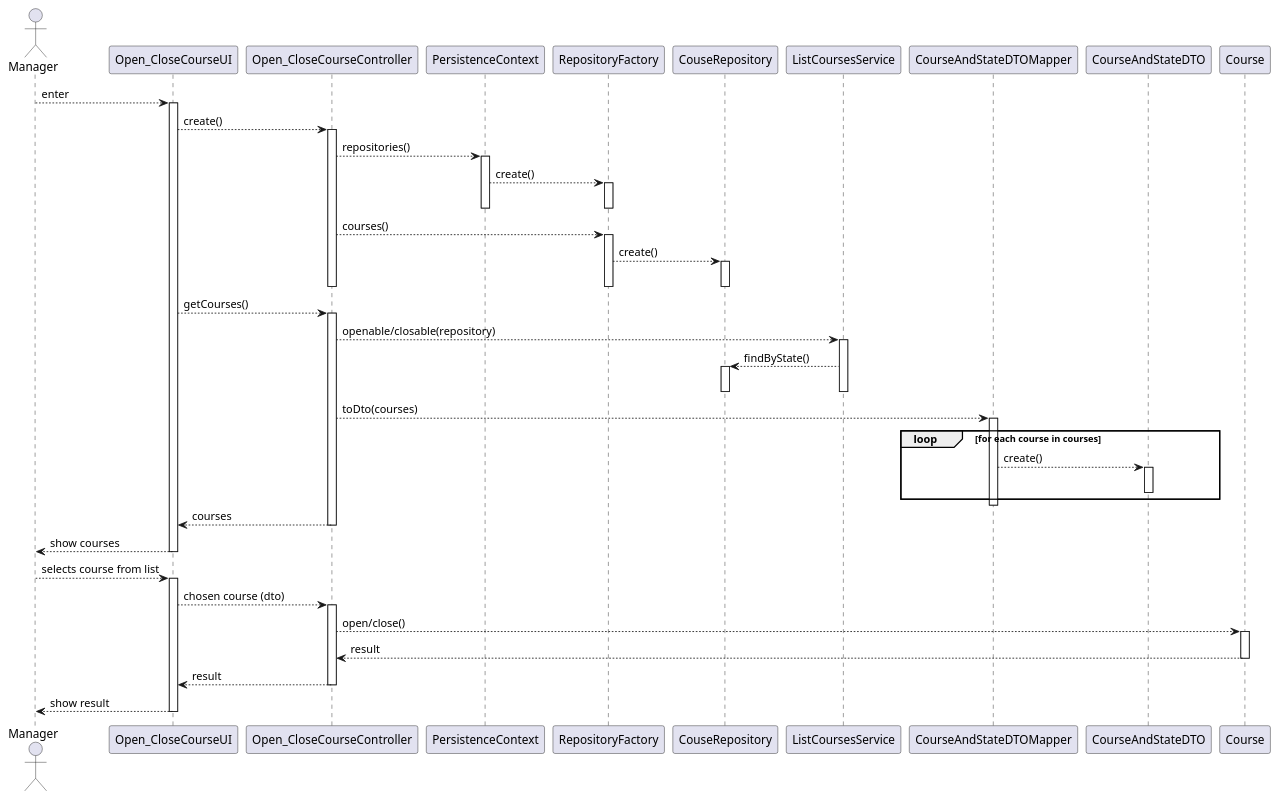
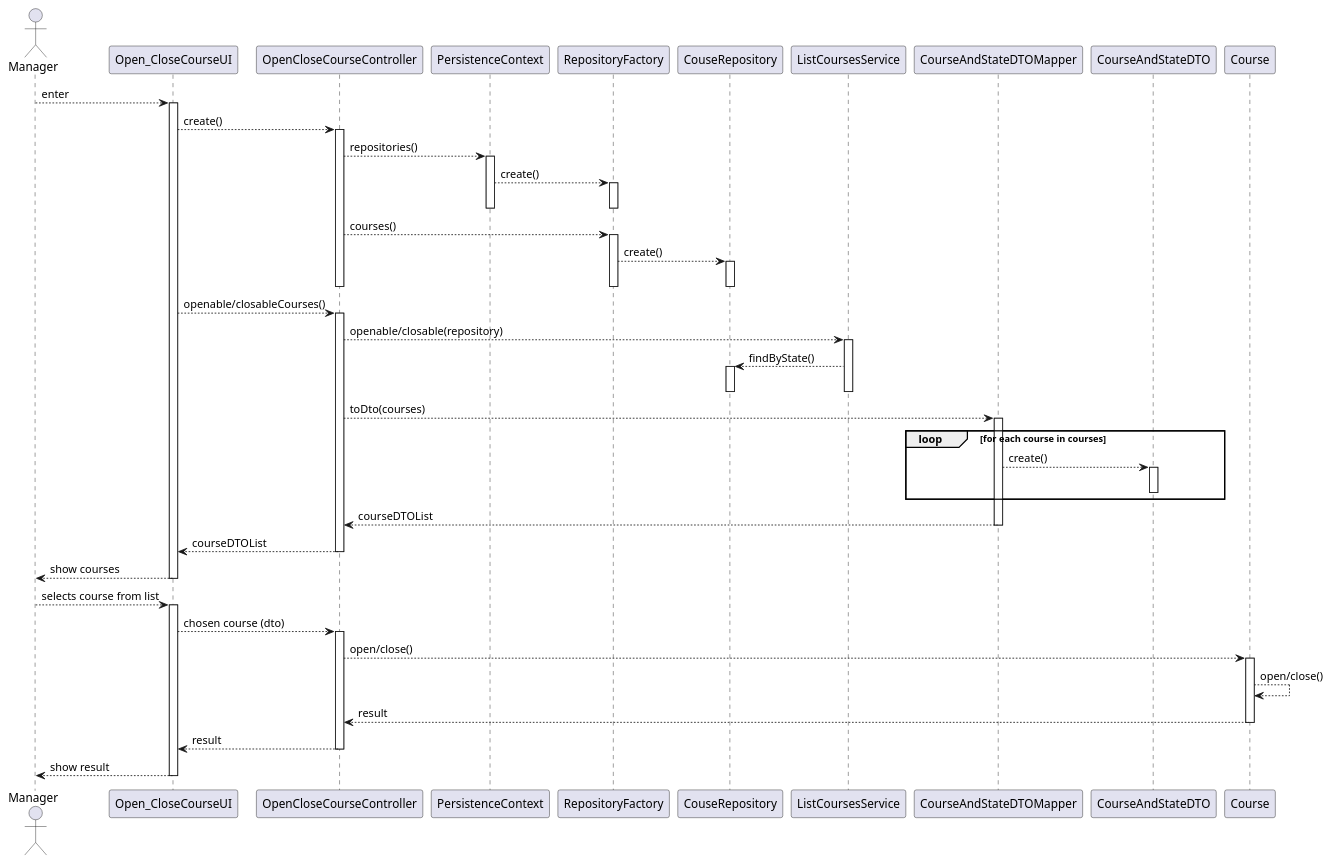
Before and after one commit to jovami/isep-lapr4: the diagram in docs/us_1004/sd.puml, drawn with PlantUML. The commit also changed 7 other files, not shown here.

First line of the commit message:
refactor(us_1004): unify Open/Close CourseController

```diff
--- a/docs/us_1004/sd.puml
+++ b/docs/us_1004/sd.puml
@@ -1,78 +1,80 @@
 @startuml
 
 actor Manager as user
 participant Open_CloseCourseUI as ui
-participant Open_CloseCourseController as ctrl
+participant OpenCloseCourseController as ctrl
 
 participant PersistenceContext as ctx
 participant RepositoryFactory as rep_fac
 participant CouseRepository as repo
 
 participant ListCoursesService as svc
 
 participant CourseAndStateDTOMapper as mapper
 participant CourseAndStateDTO as dto
 
 participant Course as course
 
 user --> ui: enter
 
 activate ui
     ui --> ctrl: create()
     activate ctrl
         ctrl --> ctx: repositories()
         activate ctx
             ctx --> rep_fac: create()
             activate rep_fac
             deactivate rep_fac
         deactivate ctx
 
         ctrl --> rep_fac: courses()
         activate rep_fac
             rep_fac --> repo: create()
             activate repo
             deactivate repo
         deactivate rep_fac
     deactivate ctrl
 
 
-    ui --> ctrl: getCourses()
+    ui --> ctrl: openable/closableCourses()
     activate ctrl
         ctrl --> svc: openable/closable(repository)
         activate svc
             svc --> repo: findByState()
             activate repo
             deactivate repo
         deactivate svc
 
         ctrl --> mapper: toDto(courses)
         activate mapper
             loop for each course in courses
                 mapper --> dto: create()
                 activate dto
                 deactivate dto
             end loop
+            mapper --> ctrl: courseDTOList
         deactivate mapper
 
-        ctrl --> ui: courses
+        ctrl --> ui: courseDTOList
     deactivate ctrl
 
     ui --> user: show courses
 deactivate ui
 
 user --> ui: selects course from list
 activate ui
     ui --> ctrl: chosen course (dto)
     activate ctrl
-        ctrl ---> course: open/close()
+        ctrl --> course: open/close()
         activate course
+            course --> course: open/close()
             course --> ctrl: result
         deactivate course
 
         ctrl --> ui: result
     deactivate ctrl
 
     ui --> user: show result
 deactivate ui
 
 @enduml
```
